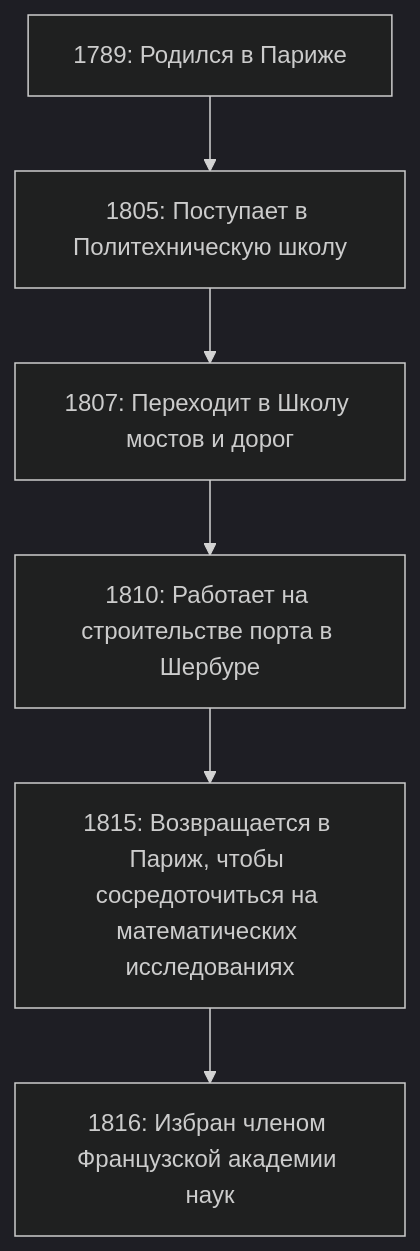
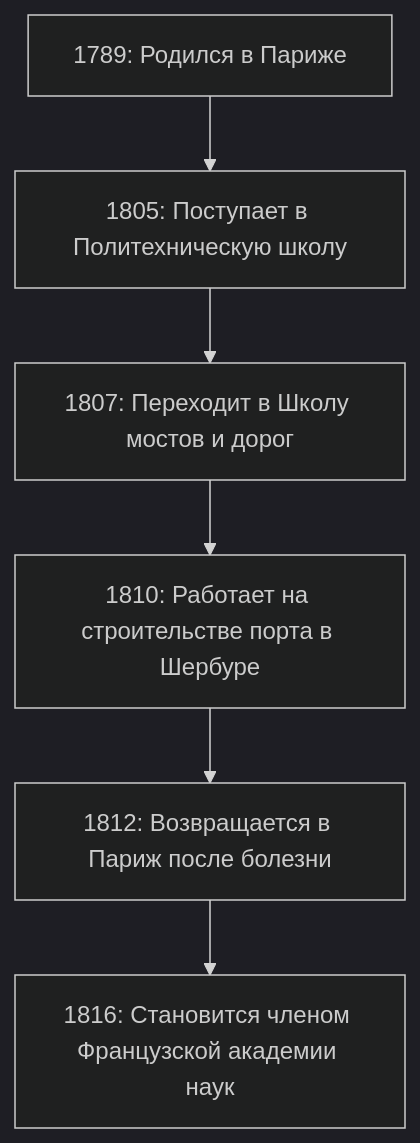
The diagram in content/post/cauchy/index.ru.md (kenjinote/blog), drawn with Mermaid (dark theme) before and after one commit. The commit also changed other lines of this file and 14 other files, not shown here.

````diff
--- a/content/post/cauchy/index.ru.md
+++ b/content/post/cauchy/index.ru.md
@@ -30,8 +30,8 @@
 ```mermaid
 flowchart TD
     A["1789: Родился в Париже"] --> B["1805: Поступает в Политехническую школу"]
     B --> C["1807: Переходит в Школу мостов и дорог"]
     C --> D["1810: Работает на строительстве порта в Шербуре"]
-    D --> E["1815: Возвращается в Париж, чтобы сосредоточиться на математических исследованиях"]
-    E --> F["1816: Избран членом Французской академии наук"]
+    D --> E["1812: Возвращается в Париж после болезни"]
+    E --> F["1816: Становится членом Французской академии наук"]
 ```
````
